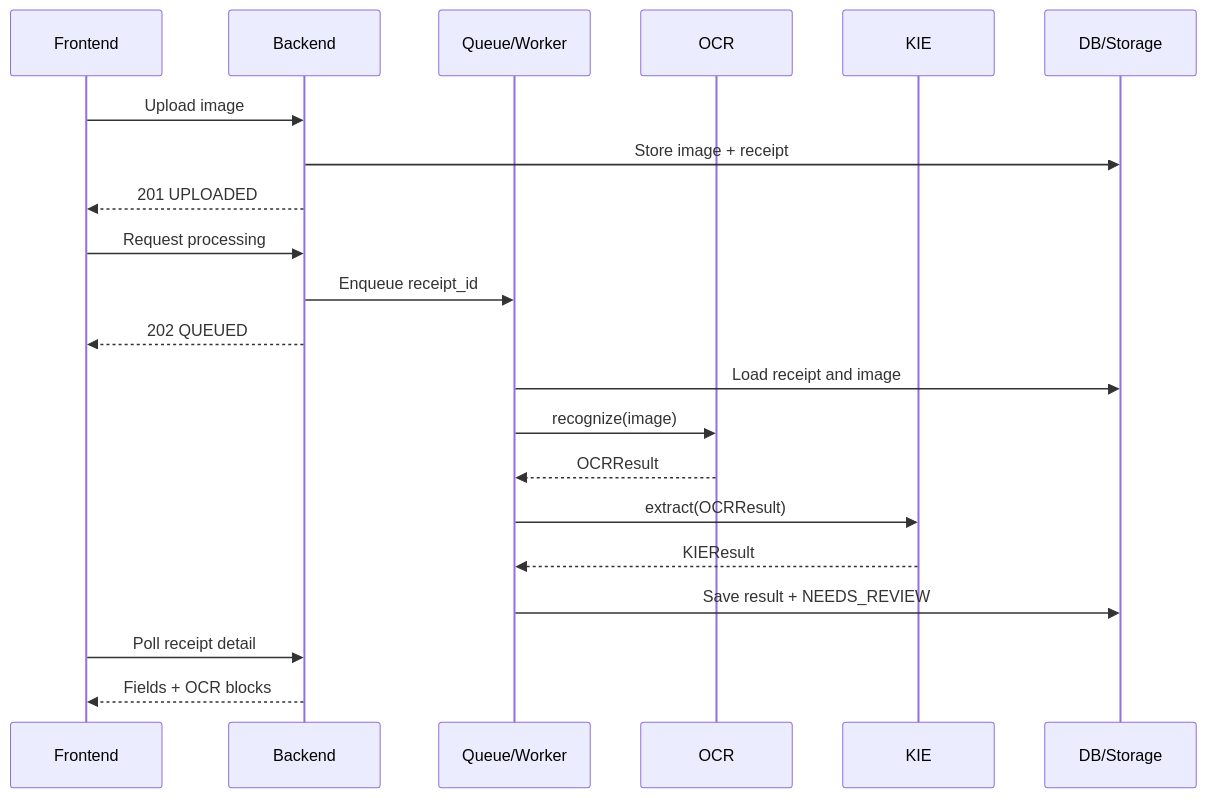
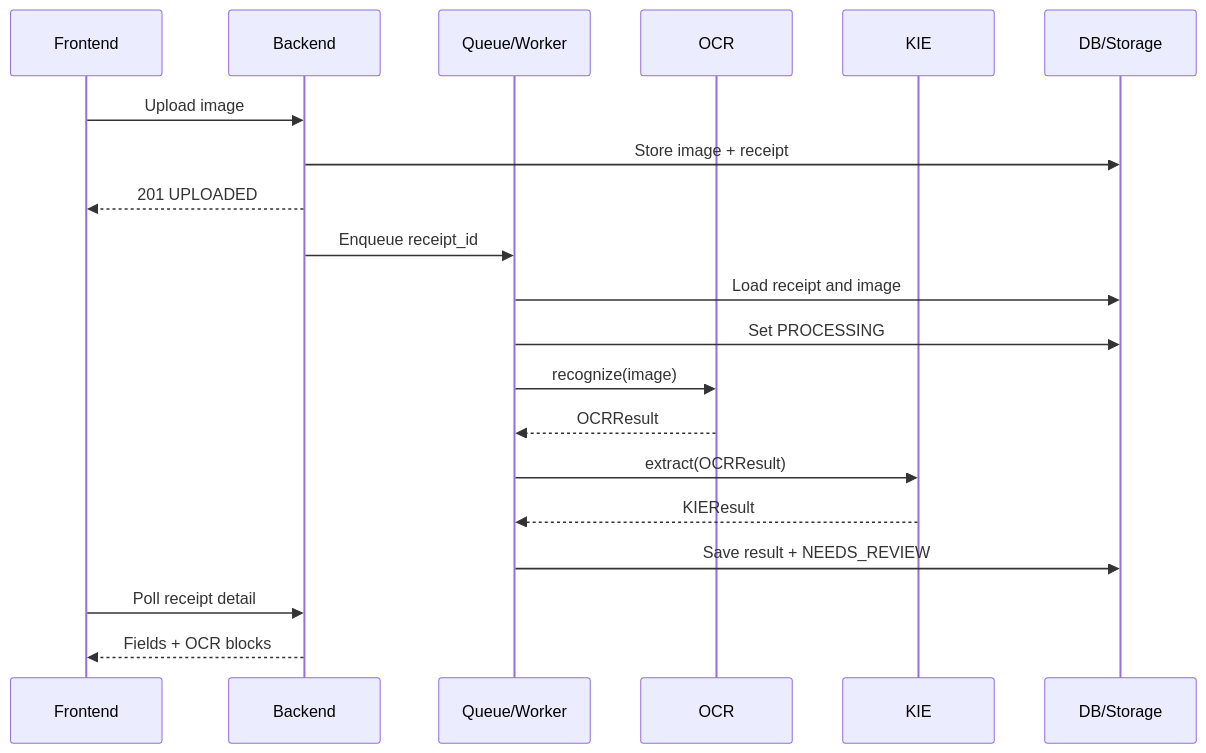
Before and after one commit to vietreceipt-team/vietreceipt: the second of 2 diagrams in docs/architecture.md, drawn with Mermaid. The commit also changed other lines of this file and 11 other files, not shown here.

````diff
--- a/docs/architecture.md
+++ b/docs/architecture.md
@@ -103,24 +103,23 @@
 ```mermaid
 sequenceDiagram
     participant F as Frontend
     participant B as Backend
     participant Q as Queue/Worker
     participant O as OCR
     participant K as KIE
     participant D as DB/Storage
 
     F->>B: Upload image
     B->>D: Store image + receipt
     B-->>F: 201 UPLOADED
-    F->>B: Request processing
     B->>Q: Enqueue receipt_id
-    B-->>F: 202 QUEUED
     Q->>D: Load receipt and image
+    Q->>D: Set PROCESSING
     Q->>O: recognize(image)
     O-->>Q: OCRResult
     Q->>K: extract(OCRResult)
     K-->>Q: KIEResult
     Q->>D: Save result + NEEDS_REVIEW
     F->>B: Poll receipt detail
     B-->>F: Fields + OCR blocks
 ```
````
